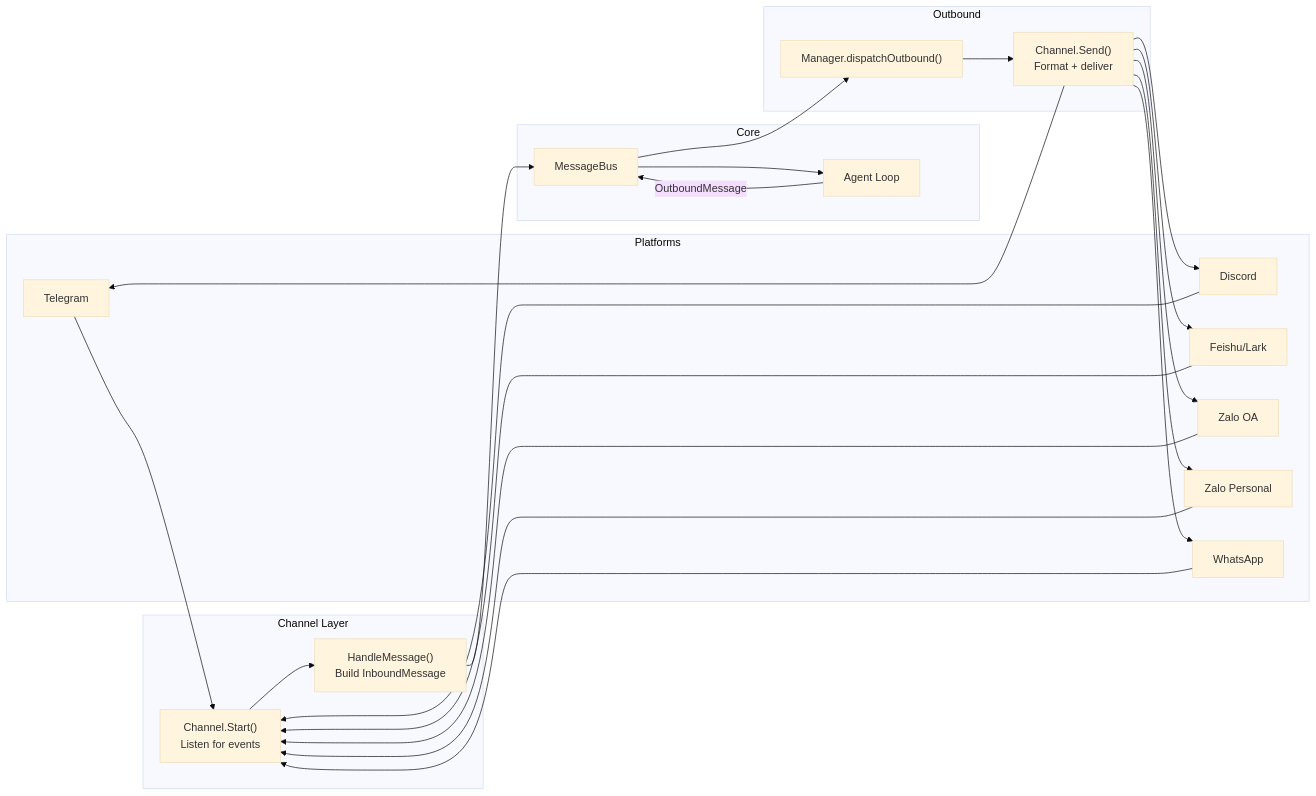
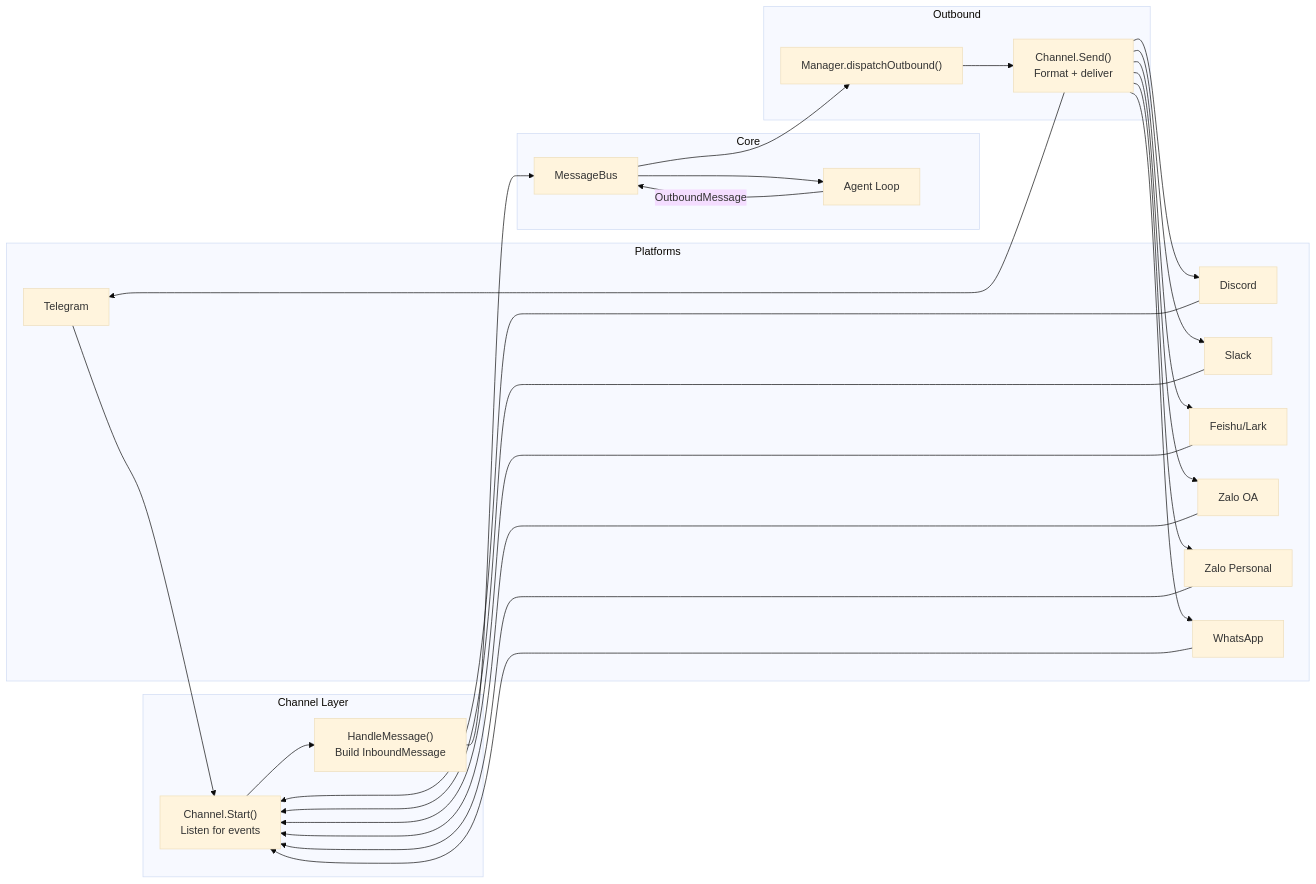
One commit to qkhalk/goclaw changed the first of 10 diagrams in docs/05-channels-messaging.md. Above: the diagram before and after it, drawn with Mermaid (base theme). The commit also changed other lines of this file and 23 other files, not shown here.

````diff
--- a/docs/05-channels-messaging.md
+++ b/docs/05-channels-messaging.md
@@ -9,45 +9,48 @@
 ```mermaid
 flowchart LR
     subgraph Platforms
         TG["Telegram"]
         DC["Discord"]
+        SL["Slack"]
         FS["Feishu/Lark"]
         ZL["Zalo OA"]
         ZLP["Zalo Personal"]
         WA["WhatsApp"]
     end
 
     subgraph "Channel Layer"
         CH["Channel.Start()<br/>Listen for events"]
         HM["HandleMessage()<br/>Build InboundMessage"]
     end
 
     subgraph Core
         BUS["MessageBus"]
         AGENT["Agent Loop"]
     end
 
     subgraph Outbound
         DISPATCH["Manager.dispatchOutbound()"]
         SEND["Channel.Send()<br/>Format + deliver"]
     end
 
     TG --> CH
     DC --> CH
+    SL --> CH
     FS --> CH
     ZL --> CH
     ZLP --> CH
     WA --> CH
     CH --> HM
     HM --> BUS
     BUS --> AGENT
     AGENT -->|OutboundMessage| BUS
     BUS --> DISPATCH
     DISPATCH --> SEND
     SEND --> TG
     SEND --> DC
+    SEND --> SL
     SEND --> FS
     SEND --> ZL
     SEND --> ZLP
     SEND --> WA
 ```
````
